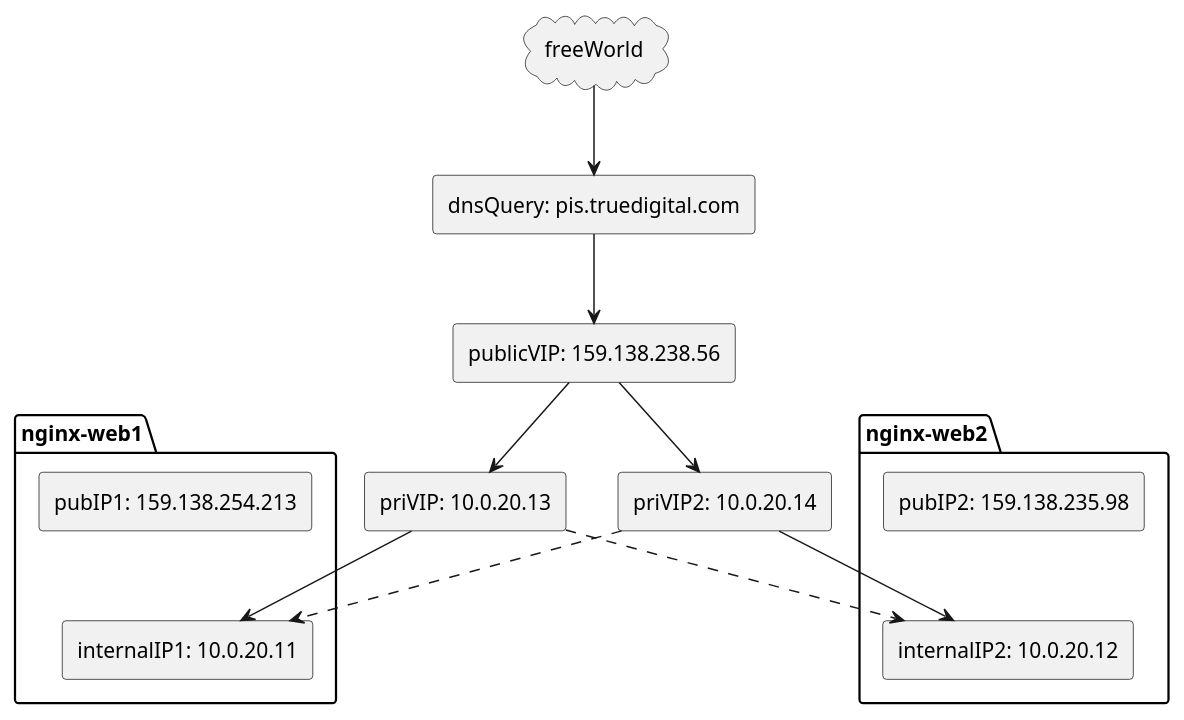
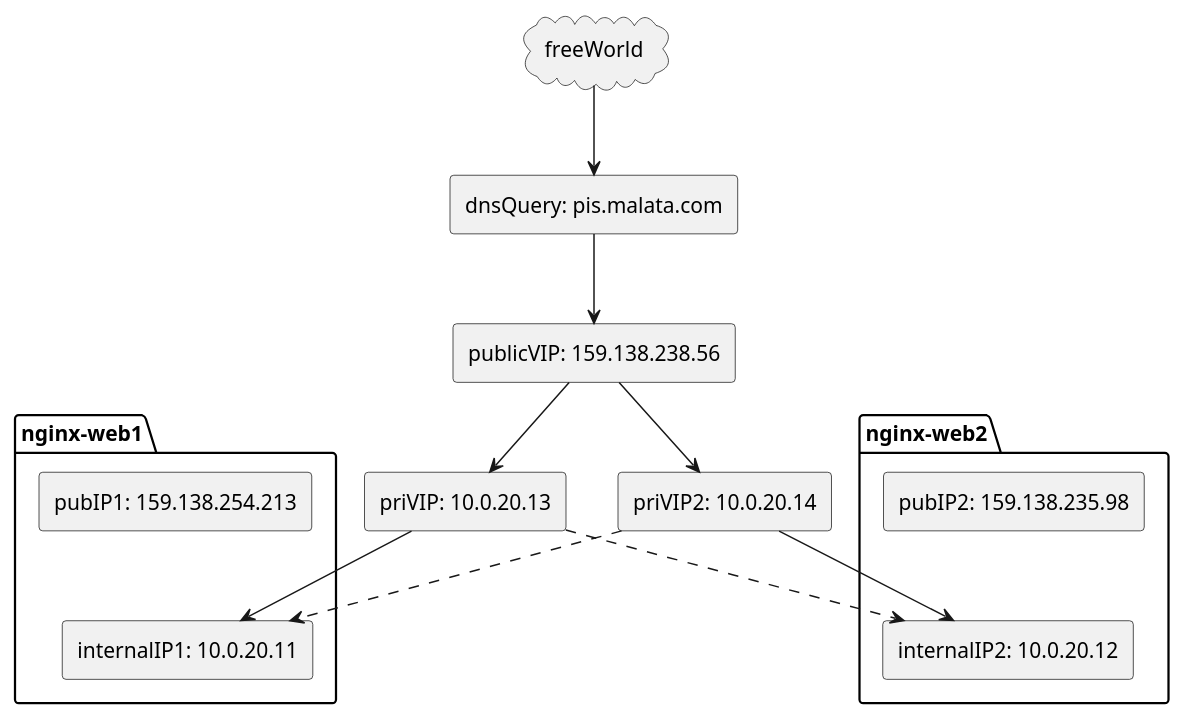
The second of 2 diagrams in README.md (j3ffyang/ansible), drawn with PlantUML before and after one commit.

Commit message:
rm a domain name

````diff
--- a/README.md
+++ b/README.md
@@ -957,37 +957,37 @@
 ```plantuml
 
 cloud freeWorld
 
-rectangle "dnsQuery: pis.truedigital.com" as dns
+rectangle "dnsQuery: pis.malata.com" as dns
 
 rectangle "publicVIP: 159.138.238.56" as pubvip
 
 rectangle "priVIP: 10.0.20.13" as privip
 rectangle "priVIP2: 10.0.20.14" as privip2
 
 package nginx-web1 {
   rectangle "pubIP1: 159.138.254.213" as pubip1
   rectangle "internalIP1: 10.0.20.11" as intip1
 
   pubip1 -[hidden]- intip1
 }
 
 package nginx-web2 {
   rectangle "pubIP2: 159.138.235.98" as pubip2
   rectangle "internalIP2: 10.0.20.12" as intip2
 
   pubip2 -[hidden]- intip2
 }
 
 freeWorld --> dns
 dns --> pubvip
 
 pubvip --> privip
 pubvip --> privip2
 
 privip --> intip1
 privip ..> intip2
 
 privip2 ..> intip1
 privip2 --> intip2
 ```
````
